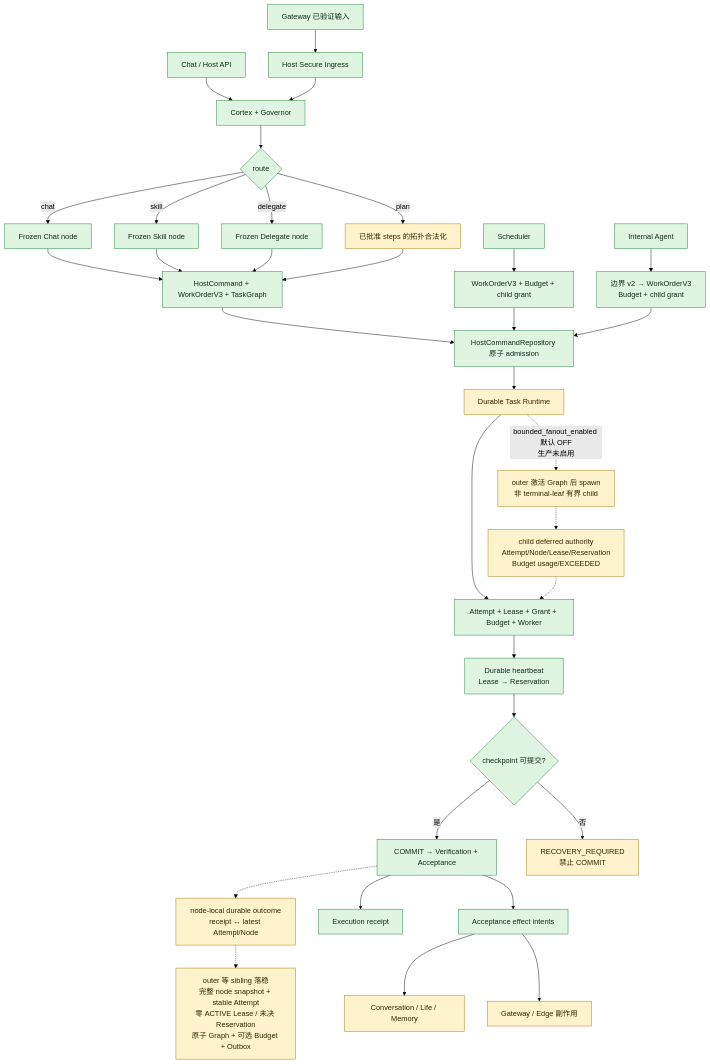
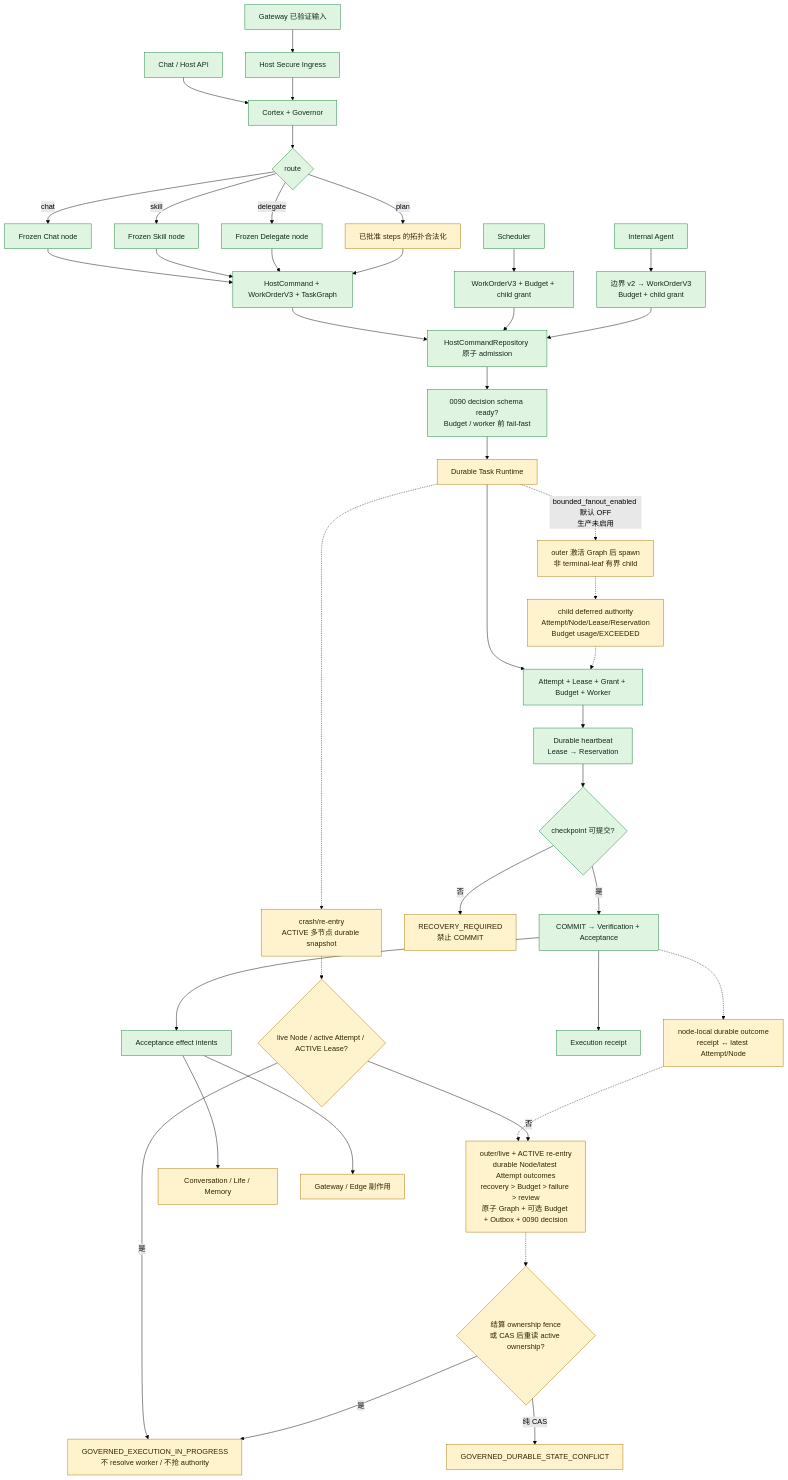
The first of 3 diagrams in docs/50_project/arch/DATA_FLOW_ARCHITECTURE.md (SakuraYoruno/Natsume_Ai), drawn with Mermaid (forest theme) before and after one commit. The commit also changed other lines of this file and 22 other files, not shown here.

````diff
--- a/docs/50_project/arch/DATA_FLOW_ARCHITECTURE.md
+++ b/docs/50_project/arch/DATA_FLOW_ARCHITECTURE.md
@@ -35,43 +35,51 @@
 ```mermaid
 flowchart TD
     UI["Chat / Host API"] --> Cortex["Cortex + Governor"]
     GW["Gateway 已验证输入"] --> Ingress["Host Secure Ingress"]
     Ingress --> Cortex
 
     Cortex --> Route{"route"}
     Route -->|chat| Chat["Frozen Chat node"]
     Route -->|skill| Skill["Frozen Skill node"]
     Route -->|delegate| Delegate["Frozen Delegate node"]
     Route -->|plan| Plan["已批准 steps 的拓扑合法化"]
 
     Chat --> Compile["HostCommand + WorkOrderV3 + TaskGraph"]
     Skill --> Compile
     Delegate --> Compile
     Plan --> Compile
     Compile --> Admission["HostCommandRepository 原子 admission"]
-    Admission --> Runtime["Durable Task Runtime"]
+    Admission --> Schema["0090 decision schema ready?\nBudget / worker 前 fail-fast"]
+    Schema --> Runtime["Durable Task Runtime"]
     Runtime --> Worker["Attempt + Lease + Grant + Budget + Worker"]
     Runtime -.->|"bounded_fanout_enabled 默认 OFF\n生产未启用"| ShadowFanOut["outer 激活 Graph 后 spawn\n非 terminal-leaf 有界 child"]
     ShadowFanOut -.-> NodeLocal["child deferred authority\nAttempt/Node/Lease/Reservation\nBudget usage/EXCEEDED"]
     NodeLocal -.-> Worker
     Worker --> HB["Durable heartbeat\nLease → Reservation"]
     HB --> Checkpoint{"checkpoint 可提交?"}
     Checkpoint -->|是| VA["COMMIT → Verification + Acceptance"]
     Checkpoint -->|否| Recovery["RECOVERY_REQUIRED\n禁止 COMMIT"]
     VA -.-> DurableOutcome["node-local durable outcome\nreceipt ↔ latest Attempt/Node"]
-    DurableOutcome -.-> OuterSettle["outer 等 sibling 落稳\n完整 node snapshot + stable Attempt\n零 ACTIVE Lease / 未决 Reservation\n原子 Graph + 可选 Budget + Outbox"]
+    DurableOutcome -.-> OuterSettle["outer/live + ACTIVE re-entry\ndurable Node/latest Attempt outcomes\nrecovery > Budget > failure > review\n原子 Graph + 可选 Budget + Outbox + 0090 decision"]
+    Runtime -.-> Reentry["crash/re-entry\nACTIVE 多节点 durable snapshot"]
+    Reentry -.-> Idle{"live Node / active Attempt / ACTIVE Lease?"}
+    Idle -->|"是"| InProgress["GOVERNED_EXECUTION_IN_PROGRESS\n不 resolve worker / 不抢 authority"]
+    Idle -->|"否"| OuterSettle
+    OuterSettle -.-> Window{"结算 ownership fence\n或 CAS 后重读 active ownership?"}
+    Window -->|"是"| InProgress
+    Window -->|"纯 CAS"| Conflict["GOVERNED_DURABLE_STATE_CONFLICT"]
     VA --> Receipt["Execution receipt"]
     VA --> Effects["Acceptance effect intents"]
     Effects --> Conversation["Conversation / Life / Memory"]
     Effects --> Delivery["Gateway / Edge 副作用"]
 
     Scheduler["Scheduler"] --> SchedulerWO["WorkOrderV3 + Budget + child grant"]
     SchedulerWO --> Admission
     Internal["Internal Agent"] --> InternalWO["边界 v2 → WorkOrderV3\nBudget + child grant"]
     InternalWO --> Admission
 
     classDef wired fill:#dff5e1,stroke:#1b7f3a,color:#102a17;
     classDef partial fill:#fff3cd,stroke:#a87500,color:#332400;
-    class UI,GW,Ingress,Cortex,Route,Chat,Skill,Delegate,Compile,Admission,Worker,HB,Checkpoint,VA,Receipt,Effects,Scheduler,SchedulerWO,Internal,InternalWO wired;
-    class Plan,Runtime,ShadowFanOut,NodeLocal,DurableOutcome,OuterSettle,Recovery,Conversation,Delivery partial;
+    class UI,GW,Ingress,Cortex,Route,Chat,Skill,Delegate,Compile,Admission,Schema,Worker,HB,Checkpoint,VA,Receipt,Effects,Scheduler,SchedulerWO,Internal,InternalWO wired;
+    class Plan,Runtime,ShadowFanOut,NodeLocal,DurableOutcome,Reentry,Idle,InProgress,OuterSettle,Window,Conflict,Recovery,Conversation,Delivery partial;
 ```
````
